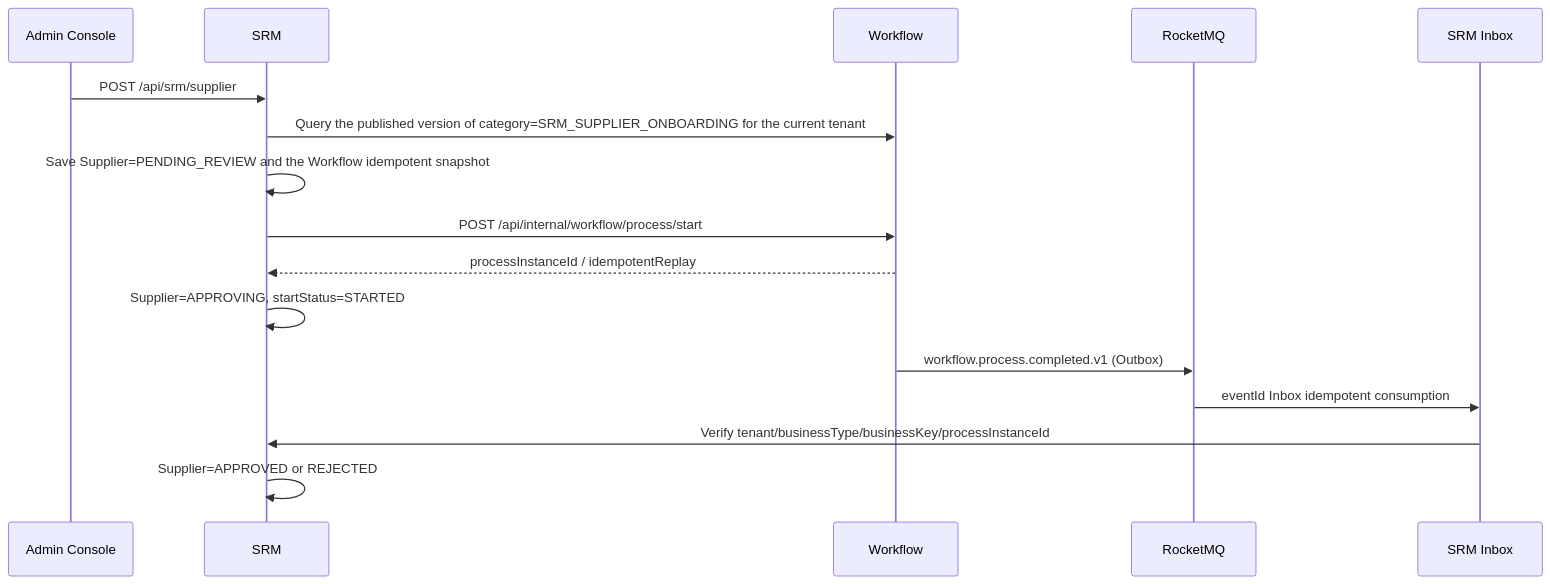
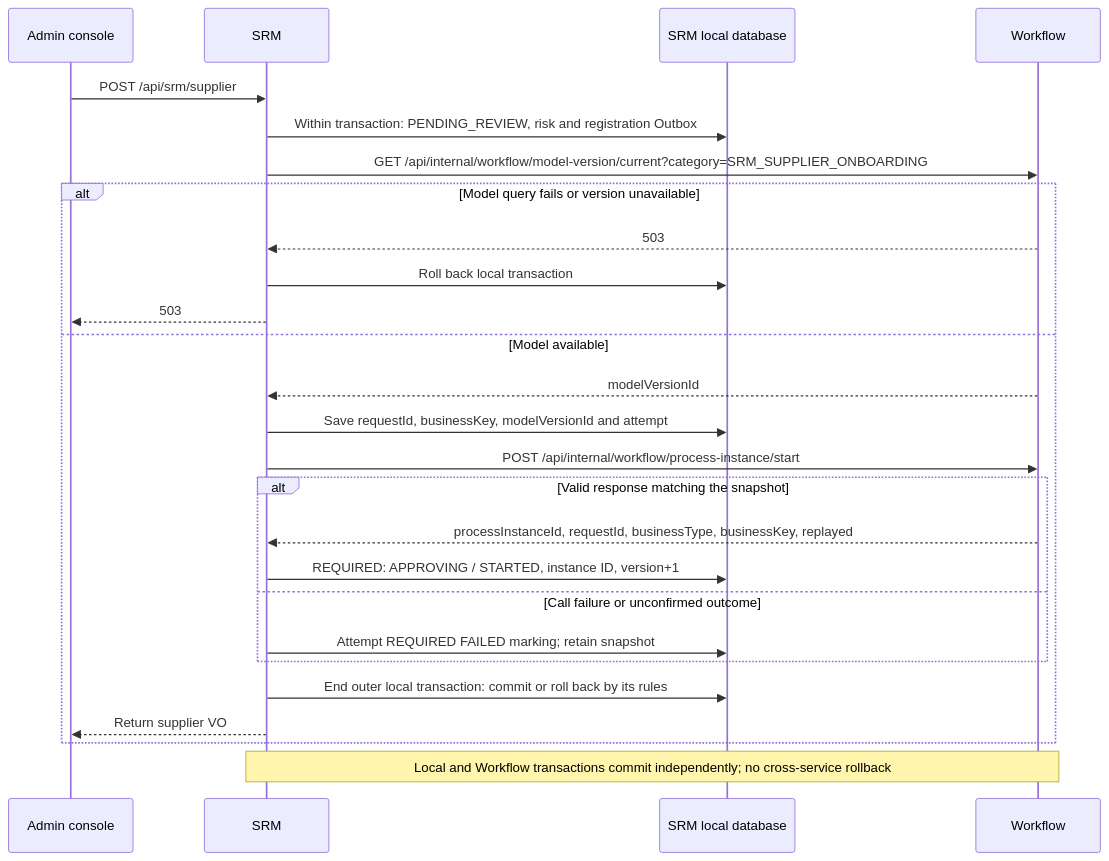
One commit to wang-baohai/Omni-Stack changed diagram 16 of 21 in docs/core-flows.en.md. Above: the diagram before and after it, drawn with Mermaid. The commit also changed other lines of this file and 1095 other files, not shown here.

````diff
--- a/docs/core-flows.en.md
+++ b/docs/core-flows.en.md
@@ -1719,19 +1344,28 @@
 ```mermaid
 sequenceDiagram
-    participant U as Admin Console
+    participant U as Admin console
     participant S as SRM
+    participant D as SRM local database
     participant W as Workflow
-    participant M as RocketMQ
-    participant D as SRM Inbox
-
     U->>S: POST /api/srm/supplier
-    S->>W: Query the published version of category=SRM_SUPPLIER_ONBOARDING for the current tenant
-    S->>S: Save Supplier=PENDING_REVIEW and the Workflow idempotent snapshot
-    S->>W: POST /api/internal/workflow/process/start
-    W-->>S: processInstanceId / idempotentReplay
-    S->>S: Supplier=APPROVING, startStatus=STARTED
-    W->>M: workflow.process.completed.v1 (Outbox)
-    M->>D: eventId Inbox idempotent consumption
-    D->>S: Verify tenant/businessType/businessKey/processInstanceId
-    S->>S: Supplier=APPROVED or REJECTED
+    S->>D: Within transaction: PENDING_REVIEW, risk and registration Outbox
+    S->>W: GET /api/internal/workflow/model-version/current?category=SRM_SUPPLIER_ONBOARDING
+    alt Model query fails or version unavailable
+        W-->>S: 503
+        S->>D: Roll back local transaction
+        S-->>U: 503
+    else Model available
+        W-->>S: modelVersionId
+        S->>D: Save requestId, businessKey, modelVersionId and attempt
+        S->>W: POST /api/internal/workflow/process-instance/start
+        alt Valid response matching the snapshot
+            W-->>S: processInstanceId, requestId, businessType, businessKey, replayed
+            S->>D: REQUIRED: APPROVING / STARTED, instance ID, version+1
+        else Call failure or unconfirmed outcome
+            S->>D: Attempt REQUIRED FAILED marking#59; retain snapshot
+        end
+        S->>D: End outer local transaction: commit or roll back by its rules
+        S-->>U: Return supplier VO
+    end
+    Note over S,W: Local and Workflow transactions commit independently#59; no cross-service rollback
 ```
````
